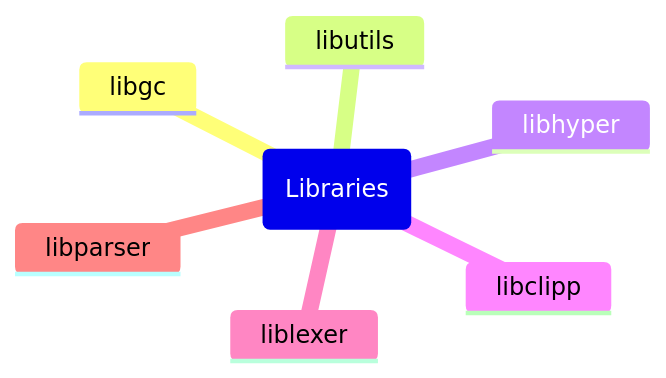
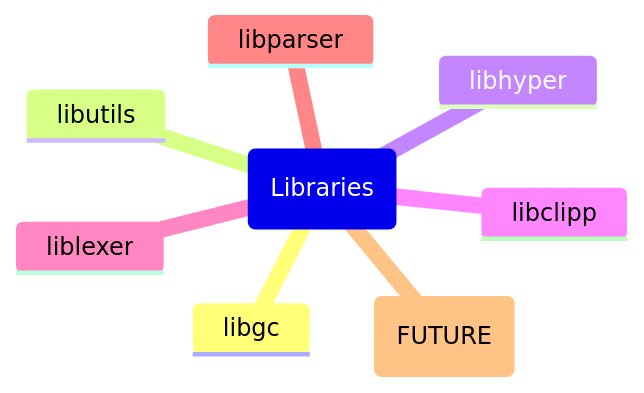
One commit to frefolli/refolibs changed the diagram in README.md. Above: the diagram before and after it, drawn with Mermaid.

````diff
--- a/README.md
+++ b/README.md
@@ -5,10 +5,11 @@
 ```mermaid
 mindmap
   root(Libraries)
     libgc
     libutils
     libhyper
     libclipp
     liblexer
     libparser
+    liblogger (FUTURE)
 ```
````
